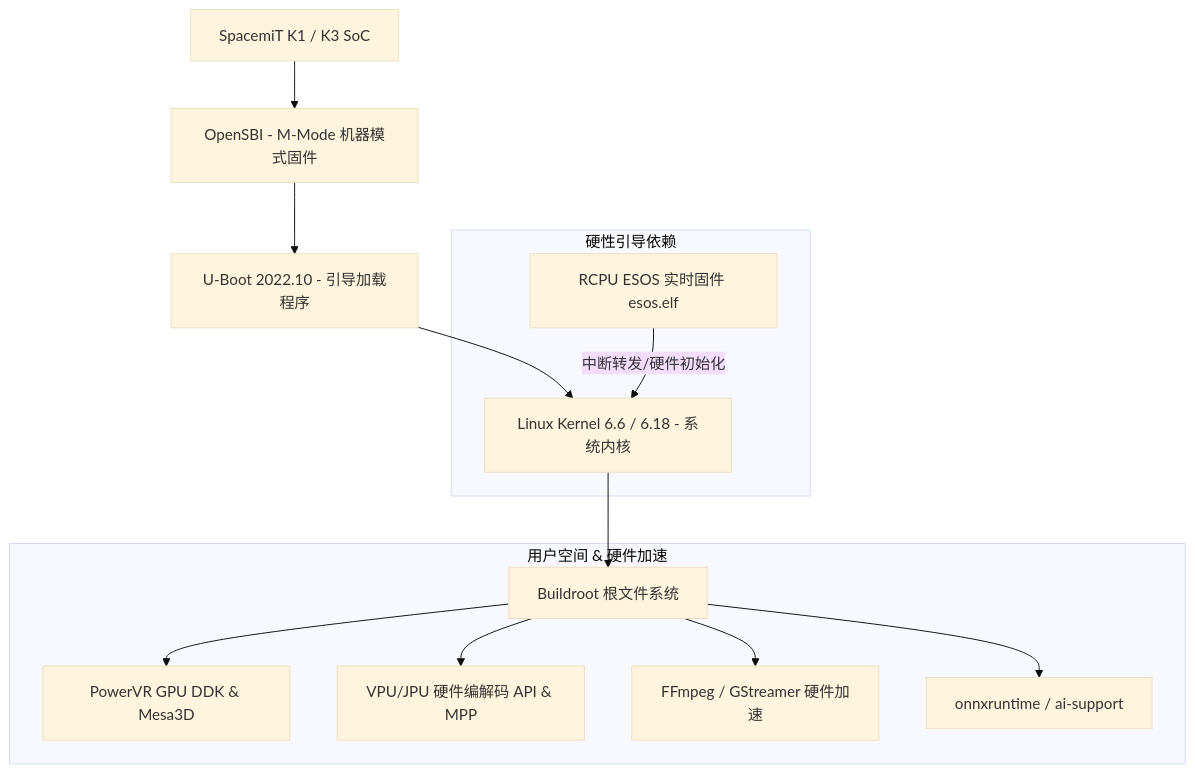
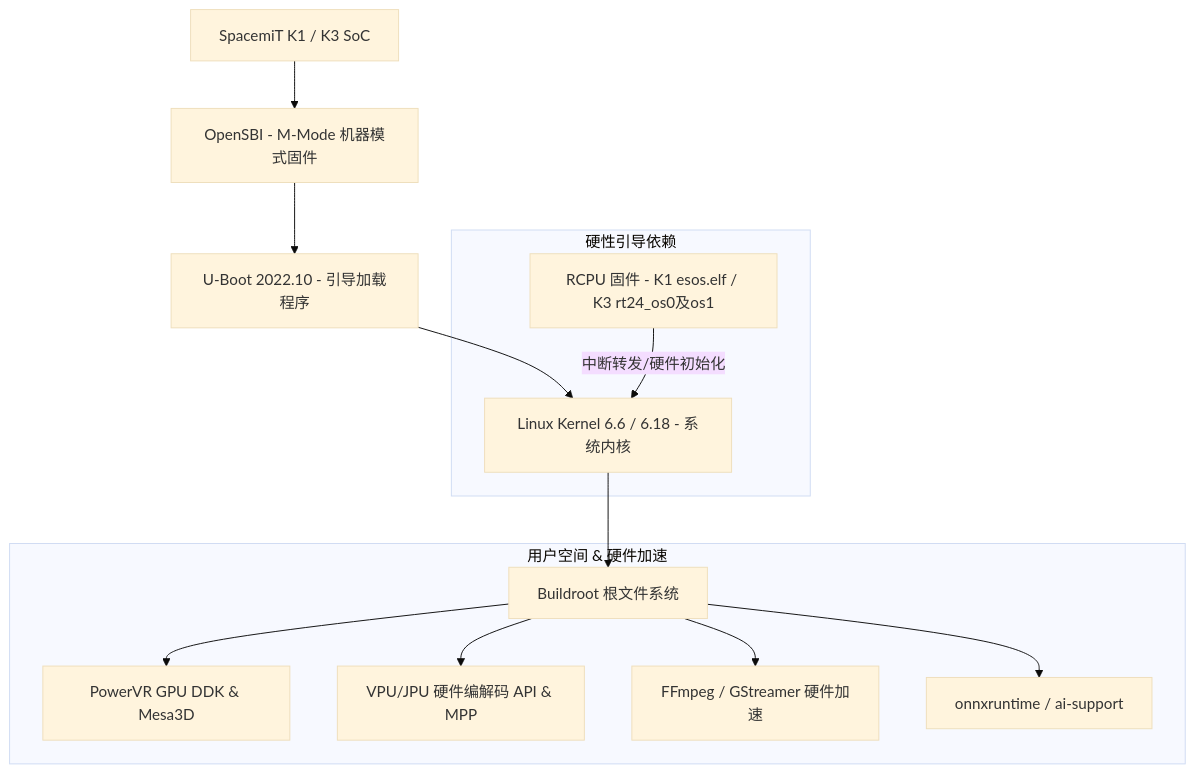
Before and after one commit to bbbicycle/spacemit-LLM-wiki: the diagram in Knowledge_Atoms/Buildroot_嵌入式系统定制与内核编译专题档案.md, drawn with Mermaid (base theme). The commit also changed other lines of this file and 61 other files, not shown here.

````diff
--- a/Knowledge_Atoms/Buildroot_嵌入式系统定制与内核编译专题档案.md
+++ b/Knowledge_Atoms/Buildroot_嵌入式系统定制与内核编译专题档案.md
@@ -26,18 +26,18 @@
 ```mermaid
 graph TD
     Hardware[SpacemiT K1 / K3 SoC] --> OpenSBI[OpenSBI - M-Mode 机器模式固件]
     OpenSBI --> UBoot[U-Boot 2022.10 - 引导加载程序]
     UBoot --> LinuxKernel[Linux Kernel 6.6 / 6.18 - 系统内核]
     
     subgraph CoreFirmware [硬性引导依赖]
-        RCPU[RCPU ESOS 实时固件 esos.elf] -->|中断转发/硬件初始化| LinuxKernel
+        RCPU[RCPU 固件 - K1 esos.elf / K3 rt24_os0及os1] -->|中断转发/硬件初始化| LinuxKernel
     end
 
     subgraph UserSpace [用户空间 & 硬件加速]
         LinuxKernel --> BuildrootRootfs[Buildroot 根文件系统]
         BuildrootRootfs --> GPU[PowerVR GPU DDK & Mesa3D]
         BuildrootRootfs --> VPU[VPU/JPU 硬件编解码 API & MPP]
         BuildrootRootfs --> Media[FFmpeg / GStreamer 硬件加速]
         BuildrootRootfs --> AI[onnxruntime / ai-support]
     end
 ```
````
